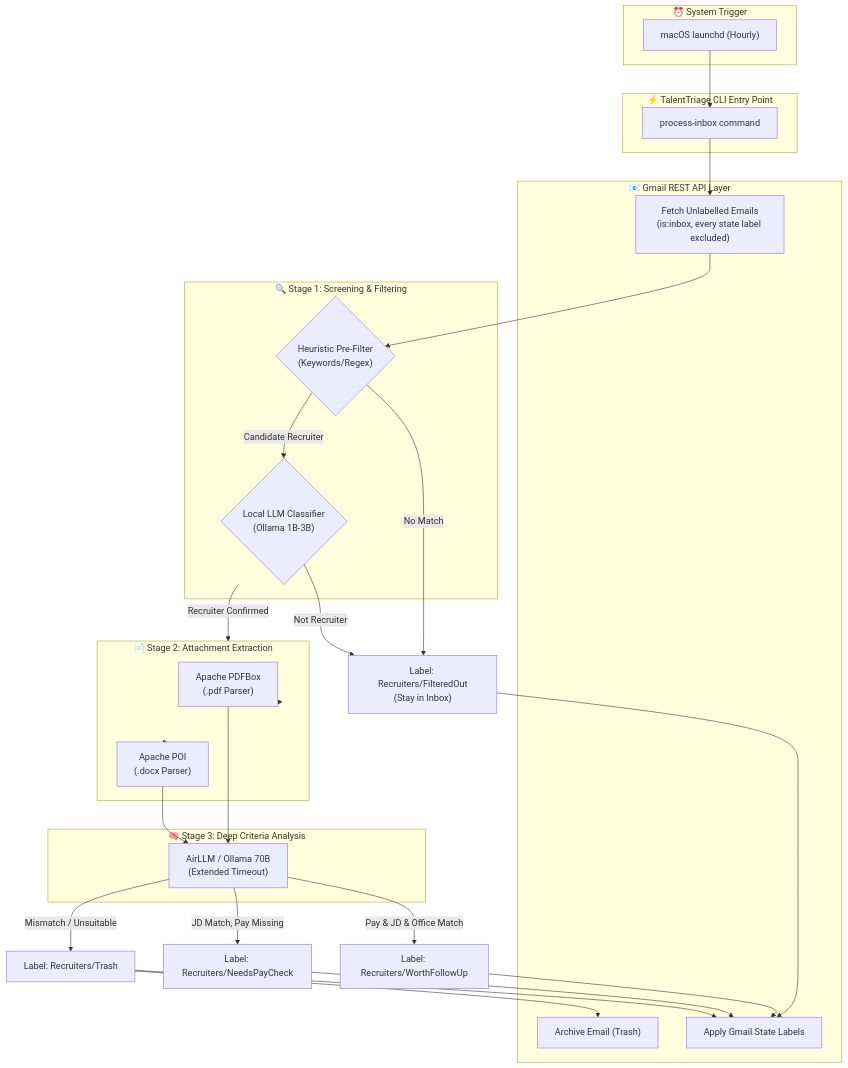
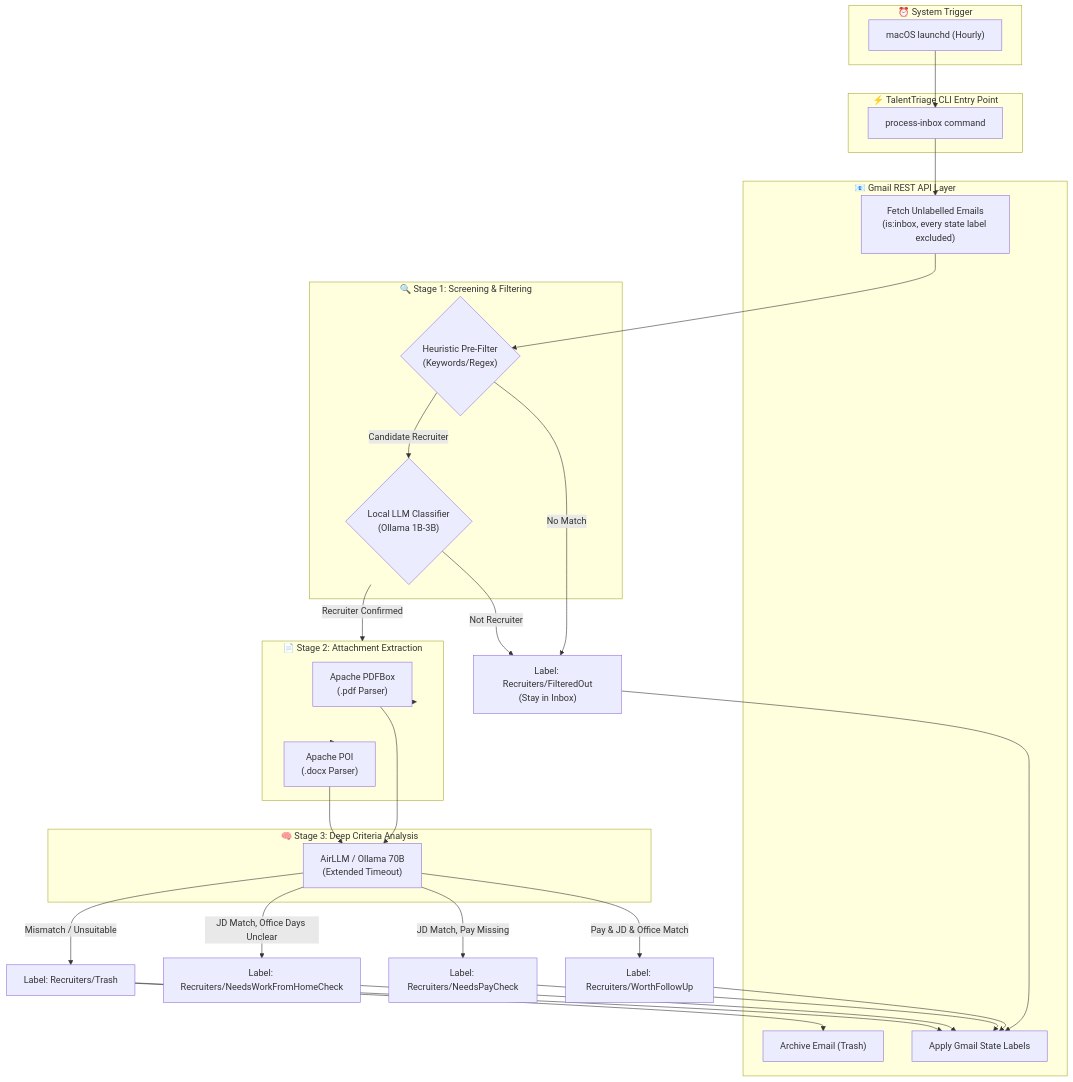
One commit to mlk/TalentTriage changed the diagram in README.md. Above: the diagram before and after it, drawn with Mermaid. The commit also changed other lines of this file, not shown here.

````diff
--- a/README.md
+++ b/README.md
@@ -15,60 +15,62 @@
 ```mermaid
 flowchart TD
     subgraph Trigger ["⏰ System Trigger"]
         launchd["macOS launchd (Hourly)"]
     end
 
     subgraph CLI ["⚡ TalentTriage CLI Entry Point"]
         Command["process-inbox command"]
     end
 
     subgraph GmailAPI ["📧 Gmail REST API Layer"]
         Fetch["Fetch Unlabelled Emails\n(is:inbox, every state label excluded)"]
         ApplyLabel["Apply Gmail State Labels"]
         Archive["Archive Email (Trash)"]
     end
 
     subgraph Stage1 ["🔍 Stage 1: Screening & Filtering"]
         Heuristics{"Heuristic Pre-Filter\n(Keywords/Regex)"}
         LocalLLM{"Local LLM Classifier\n(Ollama 1B-3B)"}
     end
 
     subgraph Stage2 ["📄 Stage 2: Attachment Extraction"]
         PDFParser["Apache PDFBox\n(.pdf Parser)"]
         WordParser["Apache POI\n(.docx Parser)"]
     end
 
     subgraph Stage3 ["🧠 Stage 3: Deep Criteria Analysis"]
         AirLLM["AirLLM / Ollama 70B\n(Extended Timeout)"]
     end
 
     %% Execution Flow
     launchd --> Command
     Command --> Fetch
     Fetch --> Heuristics
 
     %% Stage 1 Branching
     Heuristics -- "No Match" --> ApplyFilteredOut["Label: Recruiters/FilteredOut\n(Stay in Inbox)"]
     Heuristics -- "Candidate Recruiter" --> LocalLLM
 
     LocalLLM -- "Not Recruiter" --> ApplyFilteredOut
     LocalLLM -- "Recruiter Confirmed" --> Stage2
 
     %% Stage 2 to Stage 3
     Stage2 --> PDFParser
     Stage2 --> WordParser
     PDFParser --> AirLLM
     WordParser --> AirLLM
 
     %% Stage 3 Branching
     AirLLM -- "Pay & JD & Office Match" --> LabelFollowUp["Label: Recruiters/WorthFollowUp"]
     AirLLM -- "JD Match, Pay Missing" --> LabelCheckPay["Label: Recruiters/NeedsPayCheck"]
+    AirLLM -- "JD Match, Office Days Unclear" --> LabelCheckOffice["Label: Recruiters/NeedsWorkFromHomeCheck"]
     AirLLM -- "Mismatch / Unsuitable" --> LabelTrash["Label: Recruiters/Trash"]
 
     %% Gmail Label Updates
     ApplyFilteredOut --> ApplyLabel
     LabelFollowUp --> ApplyLabel
     LabelCheckPay --> ApplyLabel
+    LabelCheckOffice --> ApplyLabel
     LabelTrash --> ApplyLabel
     LabelTrash --> Archive
 ```
````
